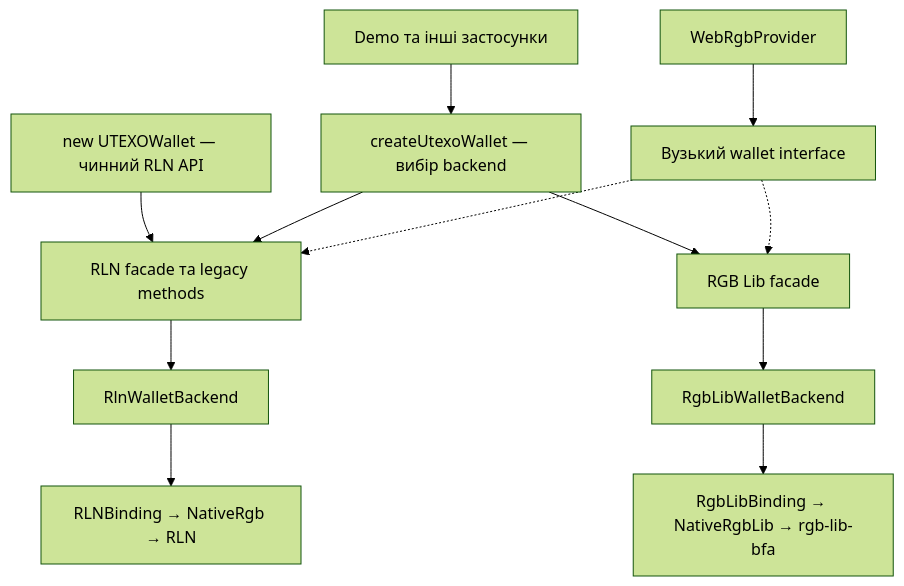
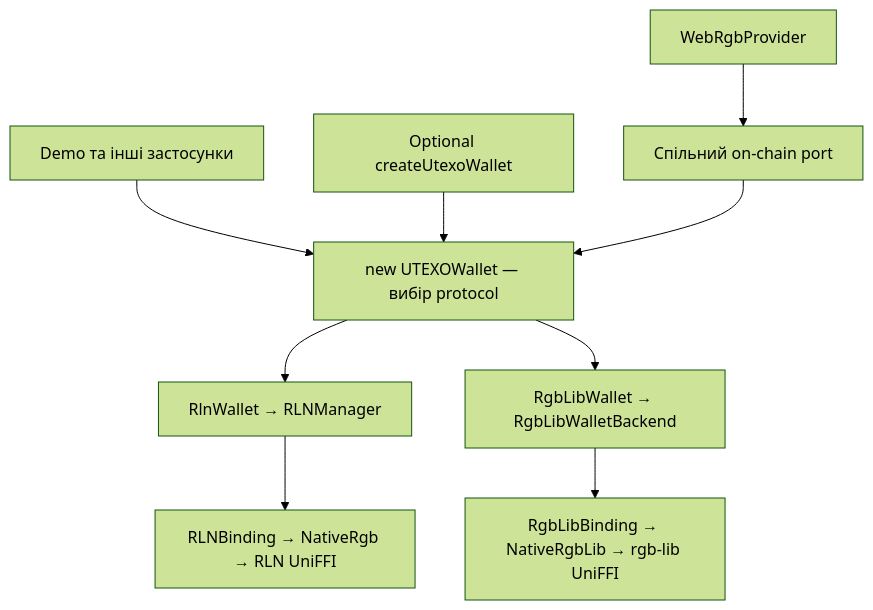
One commit to UTEXO-Protocol/rgb-sdk-rn changed the diagram in docs/rgb-lib-backend-implementation-plan.md. Above: the diagram before and after it, drawn with Mermaid (forest theme). The commit also changed other lines of this file and 49 other files, not shown here.

First line of the commit message:
feat: add rgb-lib-bfa through unified UTEXOWallet

````diff
--- a/docs/rgb-lib-backend-implementation-plan.md
+++ b/docs/rgb-lib-backend-implementation-plan.md
@@ -27,14 +27,11 @@
 ```mermaid
 flowchart TD
-    App["Demo та інші застосунки"] --> Factory["createUtexoWallet — вибір backend"]
-    Legacy["new UTEXOWallet — чинний RLN API"] --> RlnFacade["RLN facade та legacy methods"]
-    Factory --> RlnFacade
-    Factory --> RgbFacade["RGB Lib facade"]
-    RlnFacade --> Rln["RlnWalletBackend"]
-    RgbFacade --> Rgb["RgbLibWalletBackend"]
-    Rln --> RlnNative["RLNBinding → NativeRgb → RLN"]
-    Rgb --> RgbNative["RgbLibBinding → NativeRgbLib → rgb-lib-bfa"]
-    WebRgb["WebRgbProvider"] --> Port["Вузький wallet interface"]
-    Port -.-> RlnFacade
-    Port -.-> RgbFacade
+    App["Demo та інші застосунки"] --> Public["new UTEXOWallet — вибір protocol"]
+    Factory["Optional createUtexoWallet"] --> Public
+    Public --> Rln["RlnWallet → RLNManager"]
+    Public --> Rgb["RgbLibWallet → RgbLibWalletBackend"]
+    Rln --> RlnNative["RLNBinding → NativeRgb → RLN UniFFI"]
+    Rgb --> RgbNative["RgbLibBinding → NativeRgbLib → rgb-lib UniFFI"]
+    WebRgb["WebRgbProvider"] --> Port["Спільний on-chain port"]
+    Port --> Public
 ```
````
